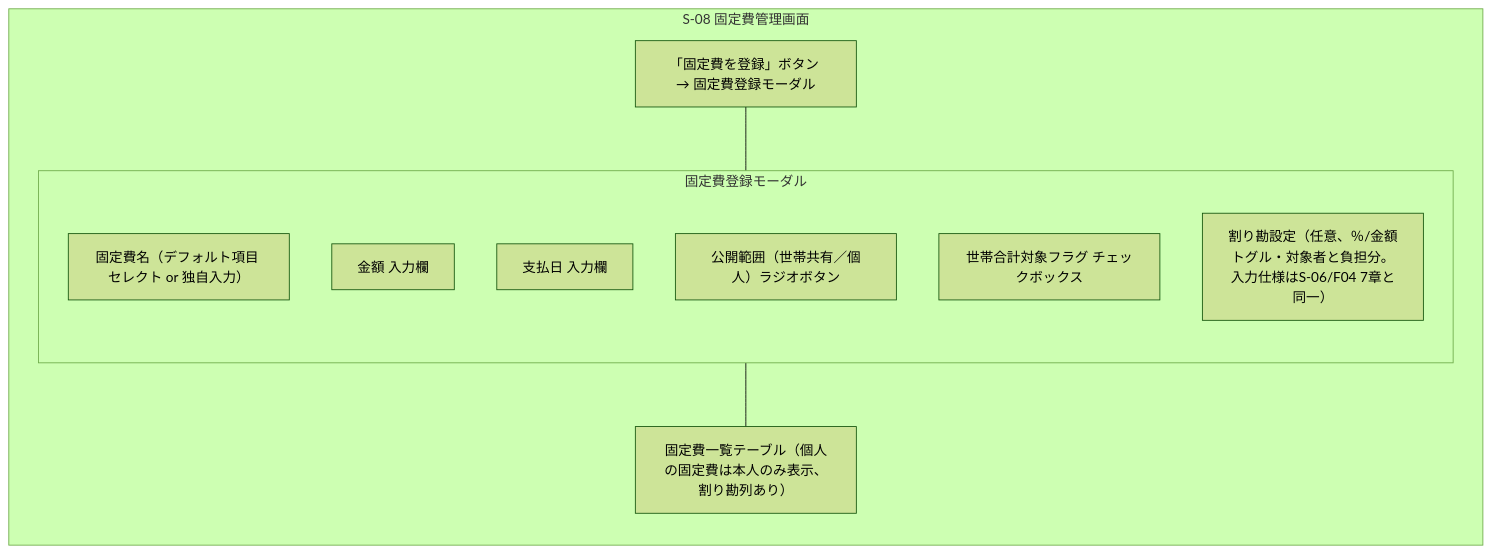
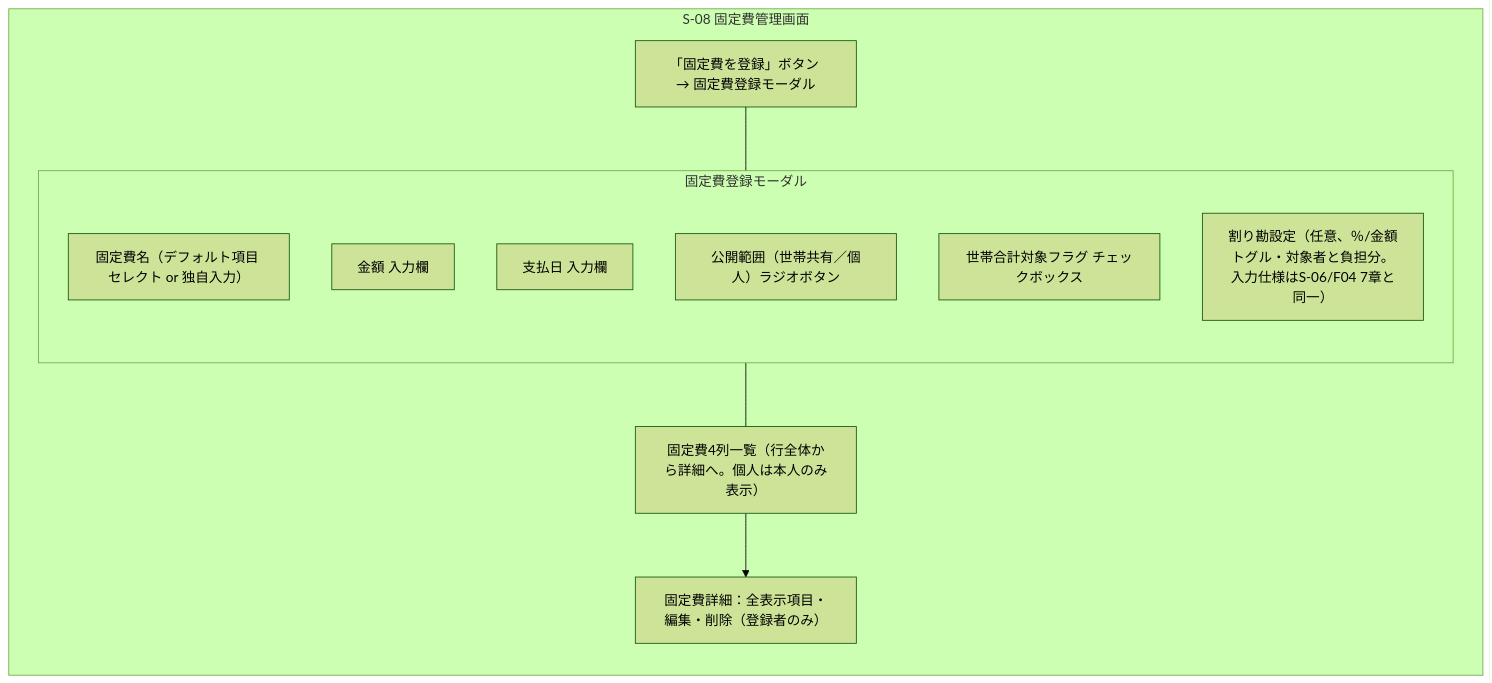
One commit to yamamotonaoki3/HomeLog changed the ninth of 19 diagrams in docs/details/wireframes.md. Above: the diagram before and after it, drawn with Mermaid (forest theme). The commit also changed other lines of this file and 13 other files, not shown here.

````diff
--- a/docs/details/wireframes.md
+++ b/docs/details/wireframes.md
@@ -448,18 +448,20 @@
 ```mermaid
 flowchart TD
     subgraph Screen["S-08 固定費管理画面"]
         direction TB
         AddBtn["「固定費を登録」ボタン → 固定費登録モーダル"]
         subgraph AddModal["固定費登録モーダル"]
             direction TB
             NameSelect["固定費名（デフォルト項目 セレクト or 独自入力）"]
             Amount["金額 入力欄"]
             PayDay["支払日 入力欄"]
             Visibility["公開範囲（世帯共有／個人）ラジオボタン"]
             HouseholdFlag["世帯合計対象フラグ チェックボックス"]
             Split["割り勘設定（任意、％/金額トグル・対象者と負担分。\n入力仕様はS-06/F04 7章と同一）"]
         end
-        List["固定費一覧テーブル（個人の固定費は本人のみ表示、割り勘列あり）"]
+        List["固定費4列一覧（行全体から詳細へ。個人は本人のみ表示）"]
+        Detail["固定費詳細：全表示項目・編集・削除（登録者のみ）"]
     end
     AddBtn --- AddModal --- List
+    List --> Detail
 ```
````
